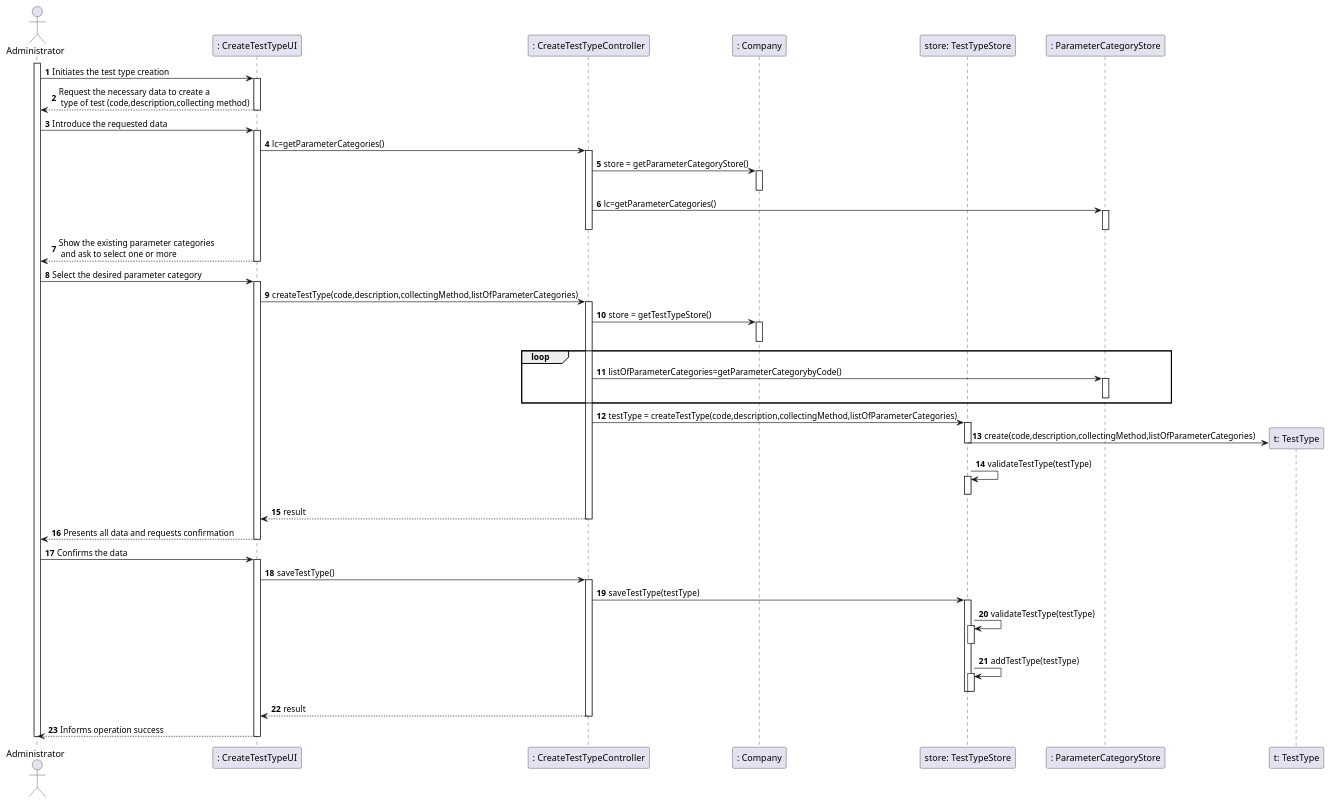
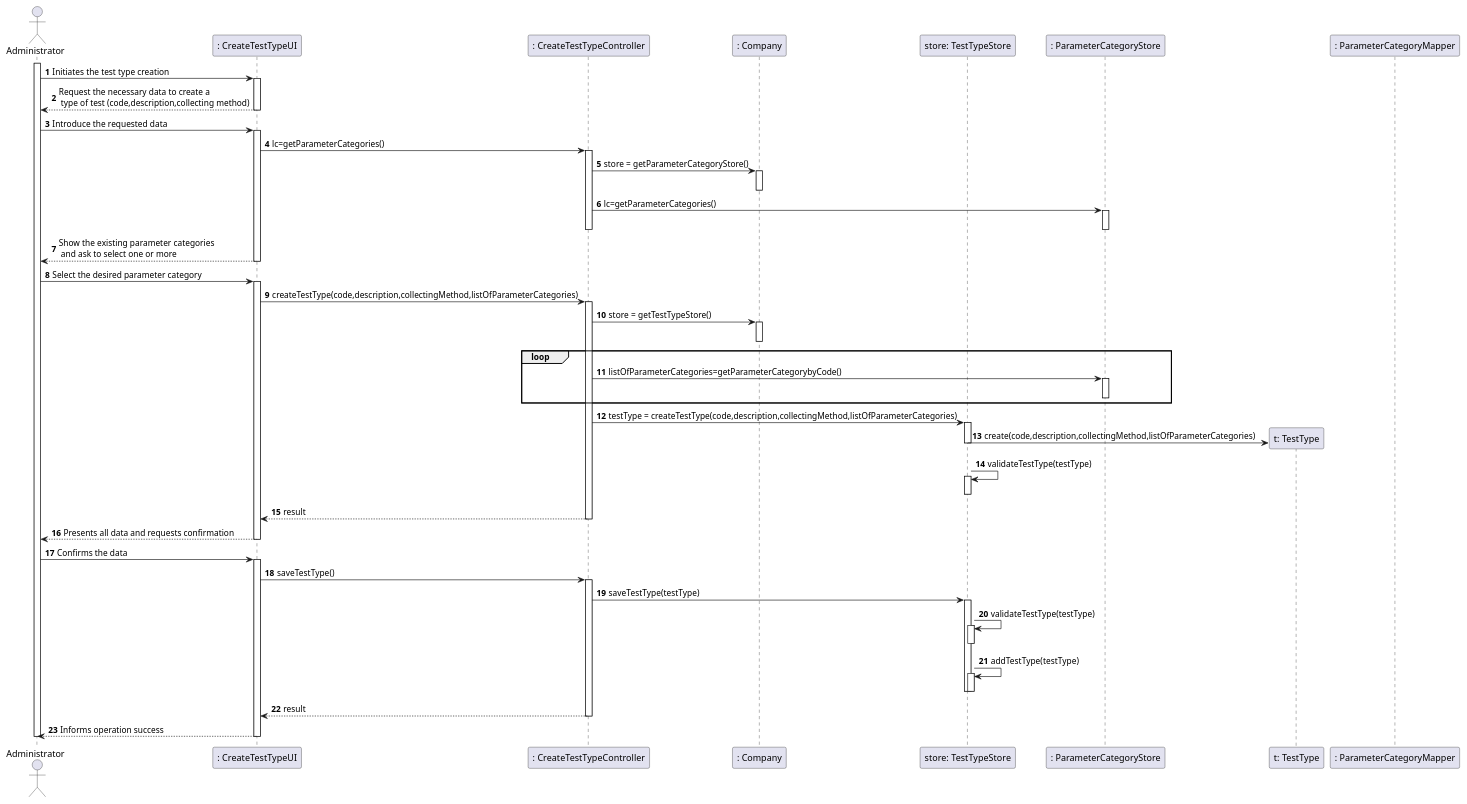
One commit to manu-07-ela/LAPR2_ISEP changed the diagram in docs/SprintB/US09/US09_SD.puml. Above: the diagram before and after it, drawn with PlantUML. The commit also changed 2 other files, not shown here.

```diff
--- a/docs/SprintB/US09/US09_SD.puml
+++ b/docs/SprintB/US09/US09_SD.puml
@@ -1,80 +1,81 @@
 @startuml
 autonumber
 'hide footbox
 actor "Administrator" as Adm
 
 participant ": CreateTestTypeUI" as UI
 participant ": CreateTestTypeController" as CTRL
 participant ": Company" as Comp
 participant "store: TestTypeStore" as str
 participant ": ParameterCategoryStore" as PC
 participant "t: TestType" as TT
+participant ": ParameterCategoryMapper" as MAPPER
 
 activate Adm
 Adm -> UI : Initiates the test type creation
 activate UI
 UI --> Adm : Request the necessary data to create a\n type of test (code,description,collecting method)
 deactivate UI
 
 Adm -> UI : Introduce the requested data
 activate UI
 UI -> CTRL : lc=getParameterCategories()
 activate CTRL
 CTRL -> Comp : store = getParameterCategoryStore()
 activate Comp
 deactivate Comp
 CTRL -> PC : lc=getParameterCategories()
 activate PC
 deactivate PC
 deactivate CTRL
 UI --> Adm : Show the existing parameter categories\n and ask to select one or more
 deactivate UI
 
 Adm -> UI : Select the desired parameter category
 activate UI
 UI -> CTRL : createTestType(code,description,collectingMethod,listOfParameterCategories)
 activate CTRL
 CTRL -> Comp : store = getTestTypeStore()
 activate Comp
 deactivate Comp
 loop
 CTRL -> PC : listOfParameterCategories=getParameterCategorybyCode()
 activate PC
 deactivate PC
 end
 CTRL -> str : testType = createTestType(code,description,collectingMethod,listOfParameterCategories)
 activate str
 str -> TT** : create(code,description,collectingMethod,listOfParameterCategories)
 deactivate str
 str-> str : validateTestType(testType)
 activate str
 deactivate str
 CTRL --> UI: result
 deactivate CTRL
 UI --> Adm : Presents all data and requests confirmation
 deactivate UI
 
 Adm -> UI: Confirms the data
 activate UI
 UI -> CTRL: saveTestType()
 activate CTRL
 CTRL -> str : saveTestType(testType)
 activate str
 str -> str : validateTestType(testType)
 activate str
 deactivate str
 str ->str : addTestType(testType)
 activate str
 deactivate str
 deactivate str
 CTRL --> UI: result
 deactivate CTRL
 UI --> Adm : Informs operation success
 deactivate UI
 
 deactivate Adm
 
 
 
 
 @enduml
```
